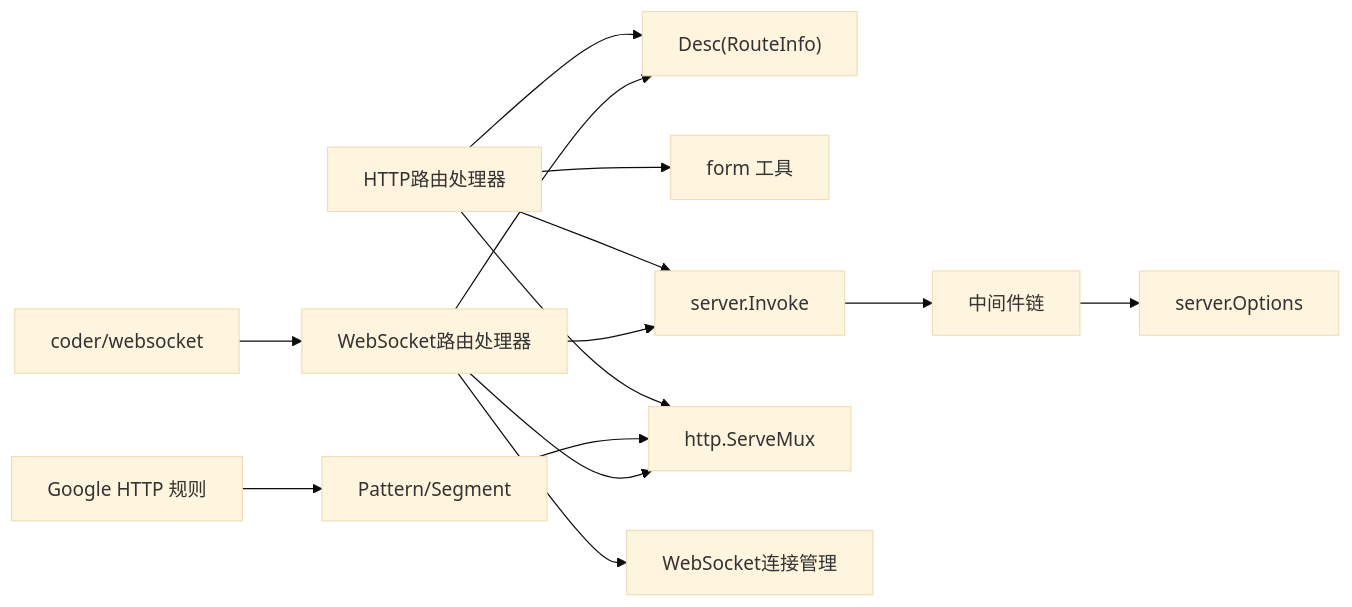
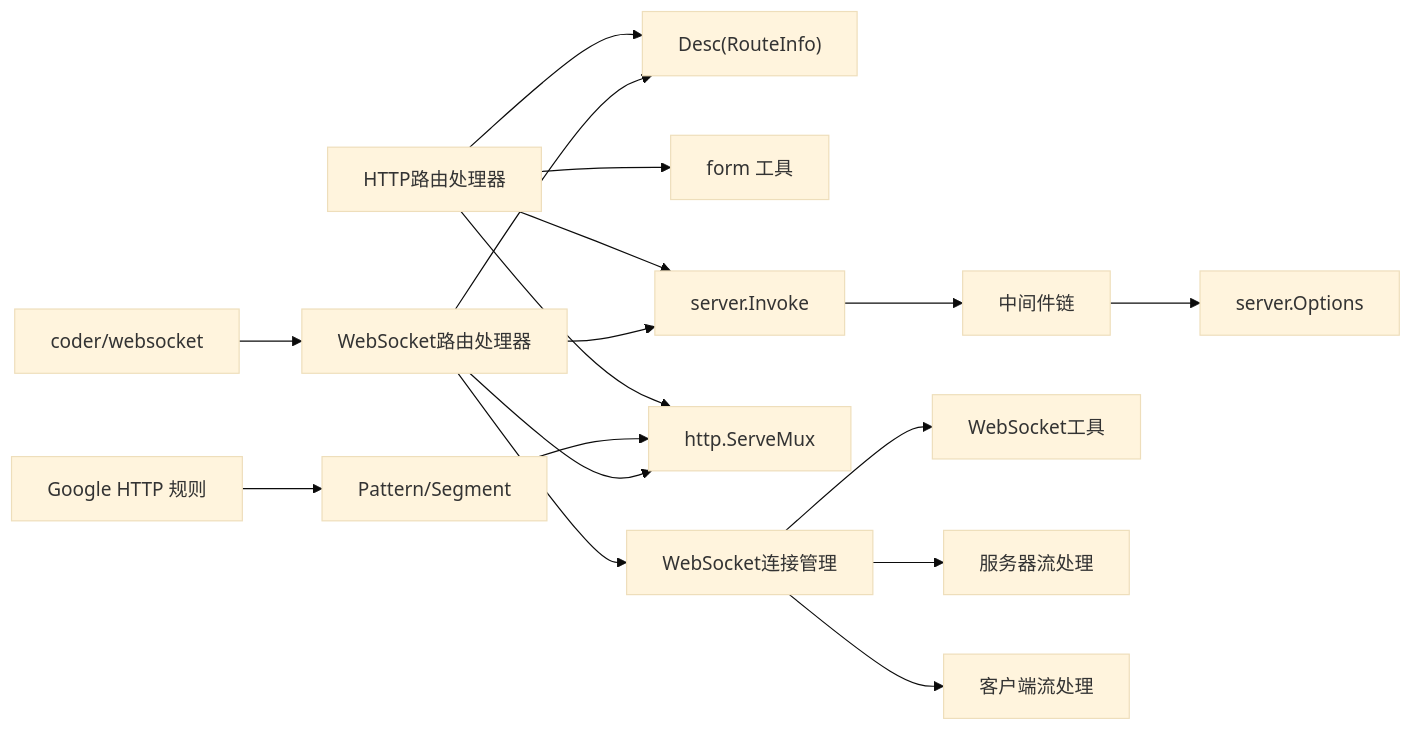
The tenth of 10 diagrams in .agents/repowiki/zh/content/HTTP 服务器框架/路由管理和处理.md (soyacen/goose), drawn with Mermaid (base theme) before and after one commit. The commit also changed other lines of this file and 8 other files, not shown here.

````diff
--- a/.agents/repowiki/zh/content/HTTP 服务器框架/路由管理和处理.md
+++ b/.agents/repowiki/zh/content/HTTP 服务器框架/路由管理和处理.md
@@ -464,16 +504,19 @@
 ```mermaid
 graph LR
 Handler["HTTP路由处理器"] --> Desc["Desc(RouteInfo)"]
 Handler --> Form["form 工具"]
 Handler --> Invoke["server.Invoke"]
 Invoke --> MW["中间件链"]
 MW --> Options["server.Options"]
 Handler --> ServeMux["http.ServeMux"]
 Pattern["Pattern/Segment"] --> ServeMux
 HTTPProto["Google HTTP 规则"] --> Pattern
 WSHandler["WebSocket路由处理器"] --> Desc
 WSHandler --> WSConn["WebSocket连接管理"]
 WSHandler --> Invoke
 WSHandler --> ServeMux
 WSLib["coder/websocket"] --> WSHandler
+WSConn --> WSUtil["WebSocket工具"]
+WSConn --> WSServer["服务器流处理"]
+WSConn --> WSClient["客户端流处理"]
 ```
````
